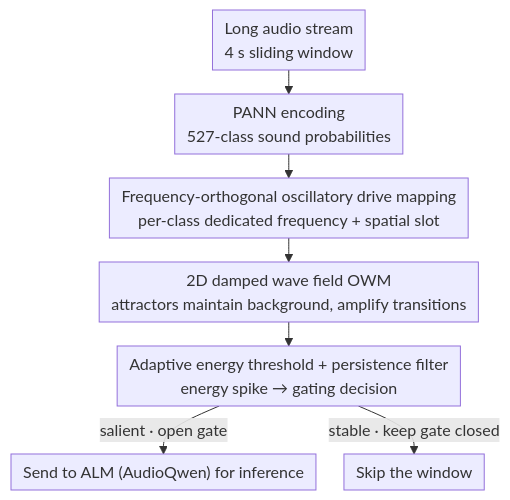
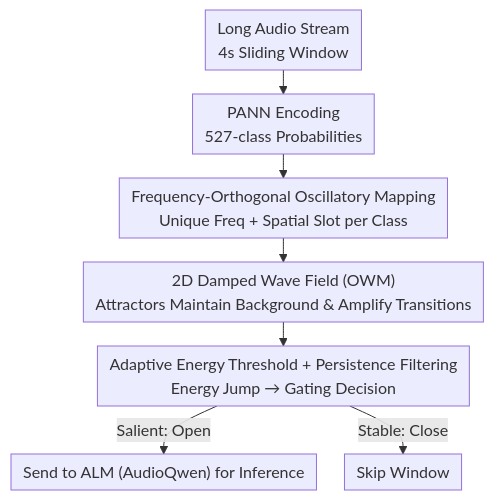
The diagram in docs/ICML2026/audio_speech/naaca_training-free_neuroauditory_attentive_cognitive_architecture_with_oscillat.md (zhaoyang97/Paper-Notes-en), drawn with Mermaid before and after one commit. The commit also changed other lines of this file and 8366 other files, not shown here.

````diff
--- a/docs/ICML2026/audio_speech/naaca_training-free_neuroauditory_attentive_cognitive_architecture_with_oscillat.md
+++ b/docs/ICML2026/audio_speech/naaca_training-free_neuroauditory_attentive_cognitive_architecture_with_oscillat.md
@@ -47,10 +42,10 @@
 ```mermaid
 %%{init: {'flowchart': {'rankSpacing': 24, 'nodeSpacing': 28, 'padding': 6, 'wrappingWidth': 400}}}%%
 flowchart TD
-    A["Long audio stream<br/>4 s sliding window"] --> B["PANN encoding<br/>527-class sound probabilities"]
-    B --> C["Frequency-orthogonal oscillatory drive mapping<br/>per-class dedicated frequency + spatial slot"]
-    C --> D["2D damped wave field OWM<br/>attractors maintain background, amplify transitions"]
-    D --> E["Adaptive energy threshold + persistence filter<br/>energy spike → gating decision"]
-    E -->|salient · open gate| F["Send to ALM (AudioQwen) for inference"]
-    E -->|stable · keep gate closed| G["Skip the window"]
+    A["Long Audio Stream<br/>4s Sliding Window"] --> B["PANN Encoding<br/>527-class Probabilities"]
+    B --> C["Frequency-Orthogonal Oscillatory Mapping<br/>Unique Freq + Spatial Slot per Class"]
+    C --> D["2D Damped Wave Field (OWM)<br/>Attractors Maintain Background & Amplify Transitions"]
+    D --> E["Adaptive Energy Threshold + Persistence Filtering<br/>Energy Jump → Gating Decision"]
+    E -->|Salient: Open| F["Send to ALM (AudioQwen) for Inference"]
+    E -->|Stable: Close| G["Skip Window"]
 ```
````
